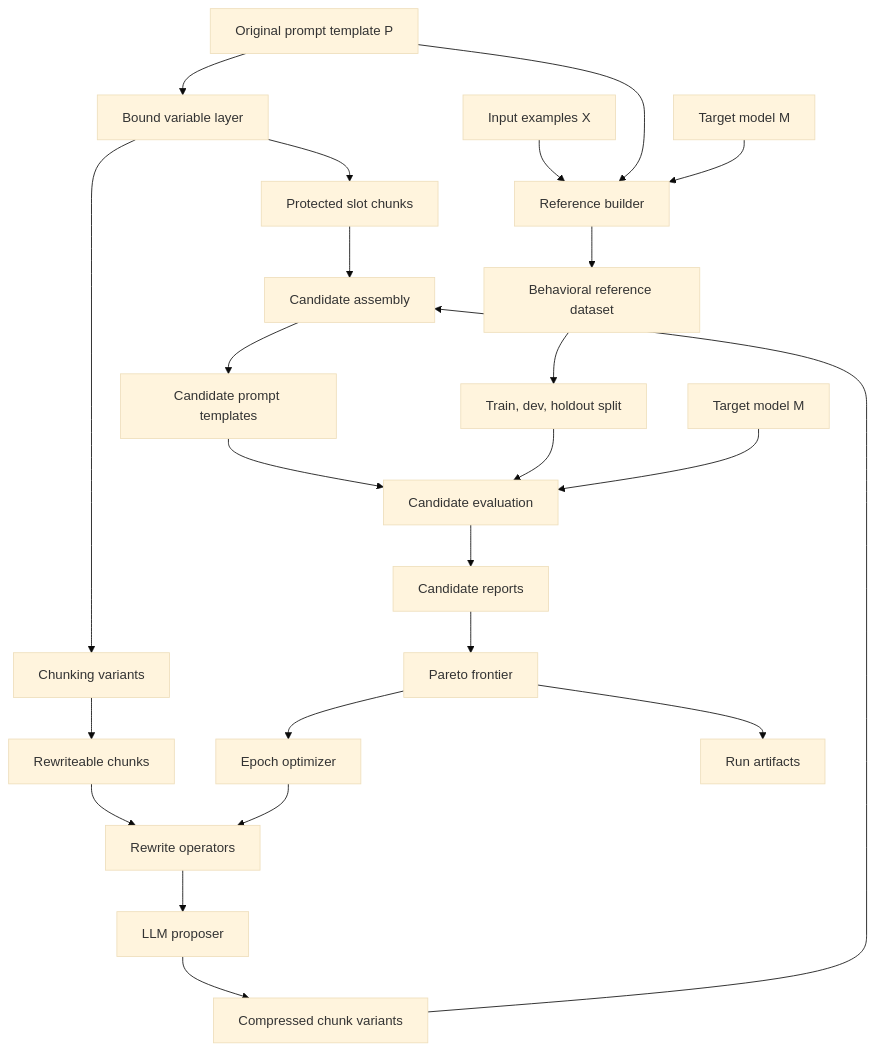
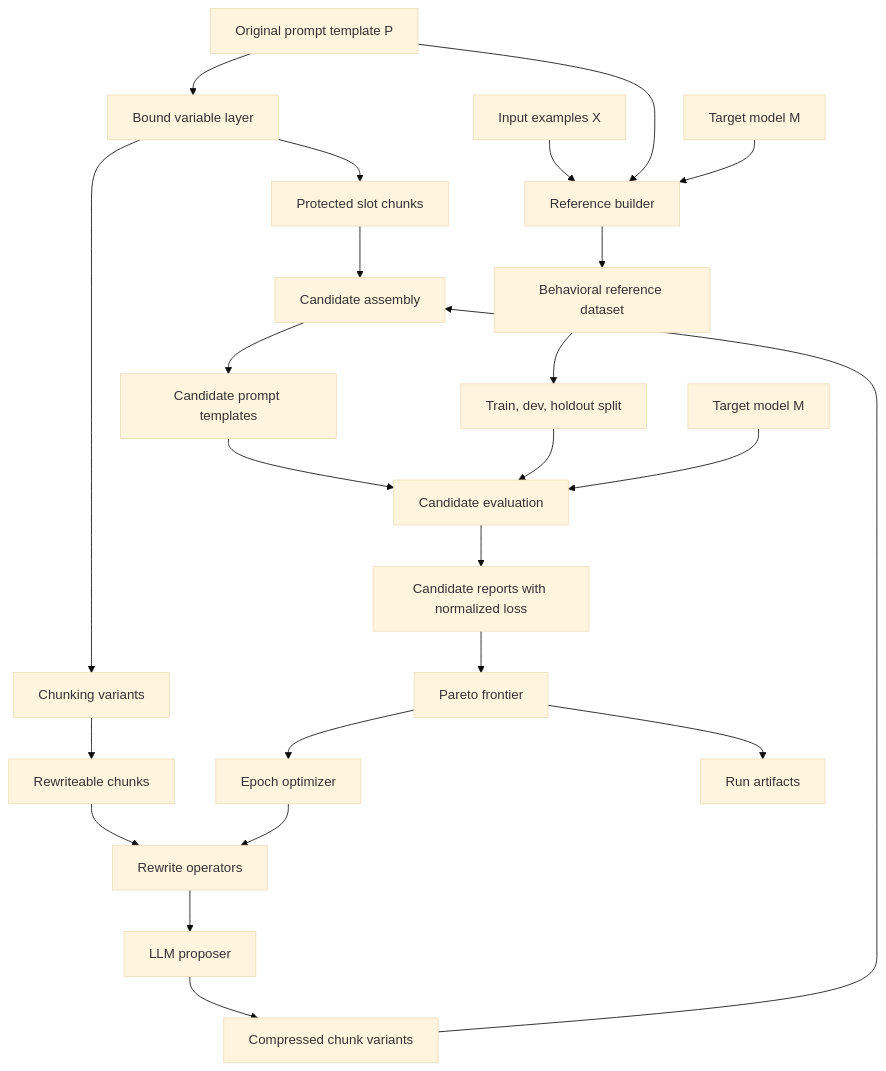
Before and after one commit to scsherm/lingua-symbolic-prompt-compiler: the diagram in docs/architecture.md, drawn with Mermaid (base theme). The commit also changed other lines of this file and 14 other files, not shown here.

````diff
--- a/docs/architecture.md
+++ b/docs/architecture.md
@@ -31,28 +31,28 @@
 ```mermaid
 flowchart TD
     P["Original prompt template P"] --> S["Bound variable layer"]
     S --> B["Protected slot chunks"]
     S --> C["Chunking variants"]
     C --> D["Rewriteable chunks"]
     D --> E["Rewrite operators"]
     E --> F["LLM proposer"]
     F --> G["Compressed chunk variants"]
     B --> H["Candidate assembly"]
     G --> H
     H --> I["Candidate prompt templates"]
 
     X["Input examples X"] --> R["Reference builder"]
     P --> R
     TM1["Target model M"] --> R
     R --> Y["Behavioral reference dataset"]
     Y --> SPLIT["Train, dev, holdout split"]
 
     I --> EV["Candidate evaluation"]
     SPLIT --> EV
     TM2["Target model M"] --> EV
-    EV --> REP["Candidate reports"]
+    EV --> REP["Candidate reports with normalized loss"]
     REP --> PF["Pareto frontier"]
     PF --> OPT["Epoch optimizer"]
     OPT --> E
     PF --> ART["Run artifacts"]
 ```
````
